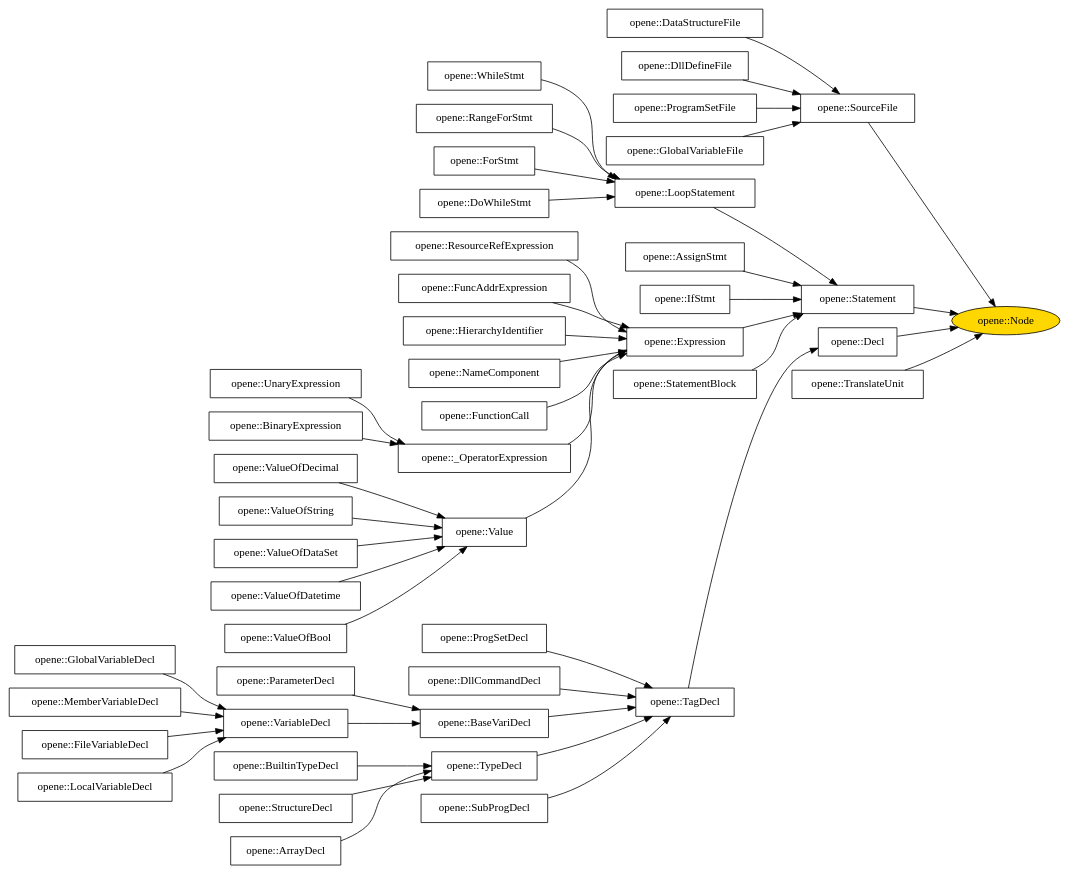
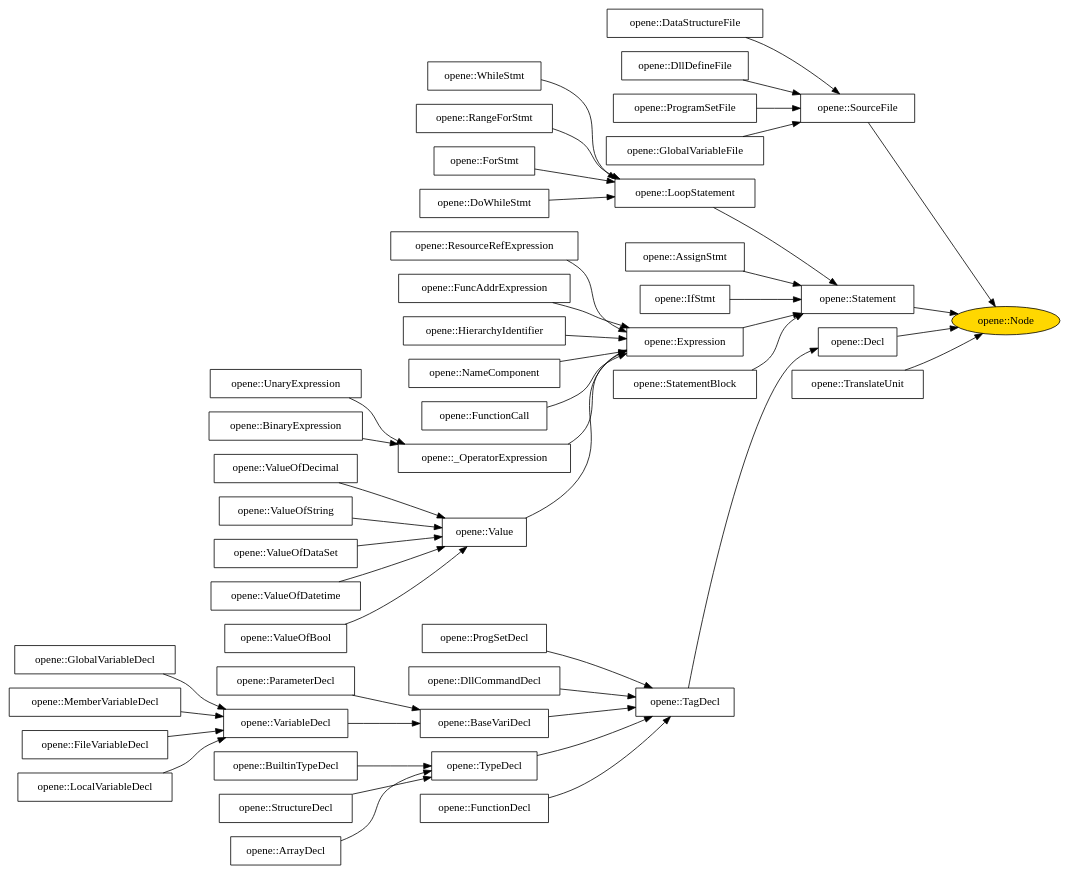
Before and after one commit to RonxBulld/RexLang: the diagram in Compiler/opene_parse/ClassInheritance.dot, drawn with Graphviz. The commit also changed 13 other files, not shown here.

```diff
--- a/Compiler/opene_parse/ClassInheritance.dot
+++ b/Compiler/opene_parse/ClassInheritance.dot
@@ -1,53 +1,53 @@
 digraph G {
 	rankdir=LR;
 	node[shape=box];
 
 	# Class inheritance link.
 	"opene::GlobalVariableDecl" -> "opene::VariableDecl"
 	"opene::MemberVariableDecl" -> "opene::VariableDecl"
 	"opene::FileVariableDecl" -> "opene::VariableDecl"
 	"opene::LocalVariableDecl" -> "opene::VariableDecl"
 	"opene::TypeDecl" -> "opene::TagDecl"
 	"opene::BuiltinTypeDecl" -> "opene::TypeDecl"
 	"opene::StructureDecl" -> "opene::TypeDecl"
 	"opene::SourceFile" -> "opene::Node"
 	"opene::ProgramSetFile" -> "opene::SourceFile"
 	"opene::GlobalVariableFile" -> "opene::SourceFile"
 	"opene::DataStructureFile" -> "opene::SourceFile"
 	"opene::DllDefineFile" -> "opene::SourceFile"
 	"opene::Decl" -> "opene::Node"
 	"opene::TagDecl" -> "opene::Decl"
 	"opene::BaseVariDecl" -> "opene::TagDecl"
 	"opene::ParameterDecl" -> "opene::BaseVariDecl"
 	"opene::VariableDecl" -> "opene::BaseVariDecl"
 	"opene::ArrayDecl" -> "opene::TypeDecl"
-	"opene::SubProgDecl" -> "opene::TagDecl"
+	"opene::FunctionDecl" -> "opene::TagDecl"
 	"opene::ProgSetDecl" -> "opene::TagDecl"
 	"opene::DllCommandDecl" -> "opene::TagDecl"
 	"opene::Statement" -> "opene::Node"
 	"opene::AssignStmt" -> "opene::Statement"
 	"opene::IfStmt" -> "opene::Statement"
 	"opene::LoopStatement" -> "opene::Statement"
 	"opene::WhileStmt" -> "opene::LoopStatement"
 	"opene::RangeForStmt" -> "opene::LoopStatement"
 	"opene::ForStmt" -> "opene::LoopStatement"
 	"opene::DoWhileStmt" -> "opene::LoopStatement"
 	"opene::StatementBlock" -> "opene::Statement"
 	"opene::Expression" -> "opene::Statement"
 	"opene::HierarchyIdentifier" -> "opene::Expression"
 	"opene::NameComponent" -> "opene::Expression"
 	"opene::FunctionCall" -> "opene::Expression"
 	"opene::_OperatorExpression" -> "opene::Expression"
 	"opene::UnaryExpression" -> "opene::_OperatorExpression"
 	"opene::BinaryExpression" -> "opene::_OperatorExpression"
 	"opene::Value" -> "opene::Expression"
 	"opene::ValueOfDataSet" -> "opene::Value"
 	"opene::ValueOfDatetime" -> "opene::Value"
 	"opene::ResourceRefExpression" -> "opene::Expression"
 	"opene::FuncAddrExpression" -> "opene::Expression"
 	"opene::ValueOfBool" -> "opene::Value"
 	"opene::ValueOfDecimal" -> "opene::Value"
 	"opene::ValueOfString" -> "opene::Value"
 	"opene::TranslateUnit" -> "opene::Node"
 	"opene::Node"[shape=ellipse fillcolor=gold style=filled];
 }
```
